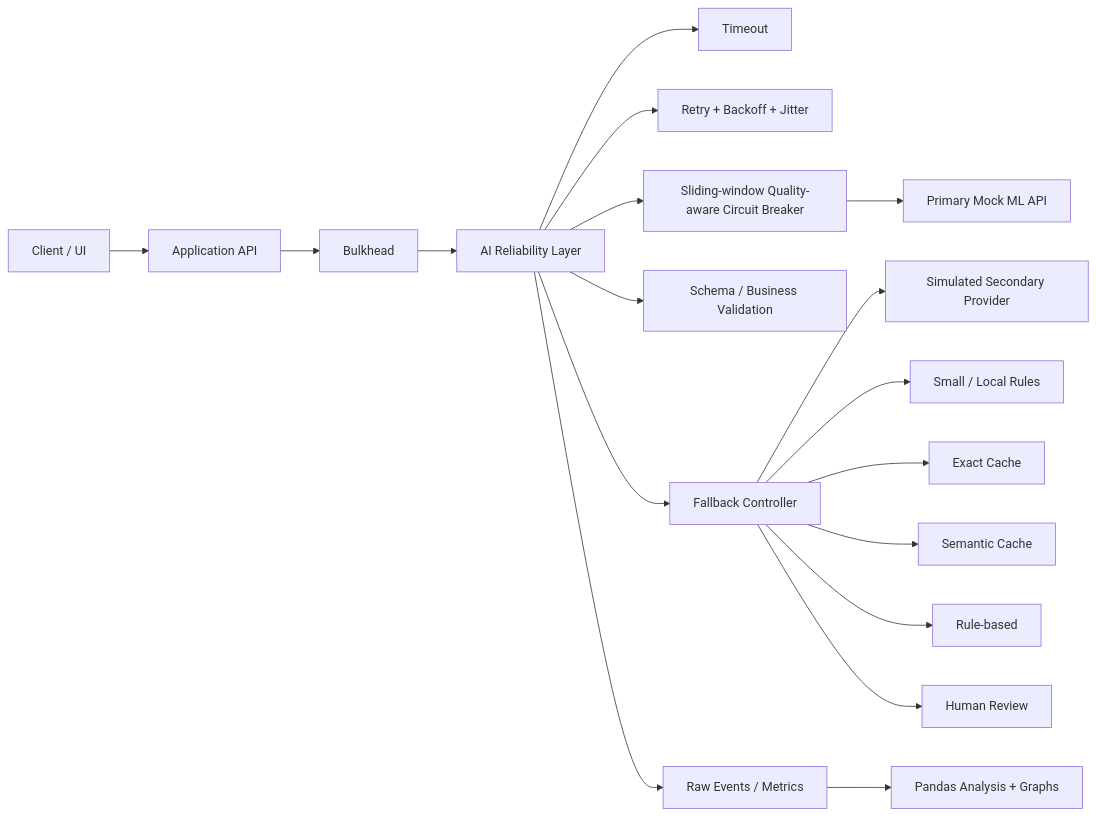
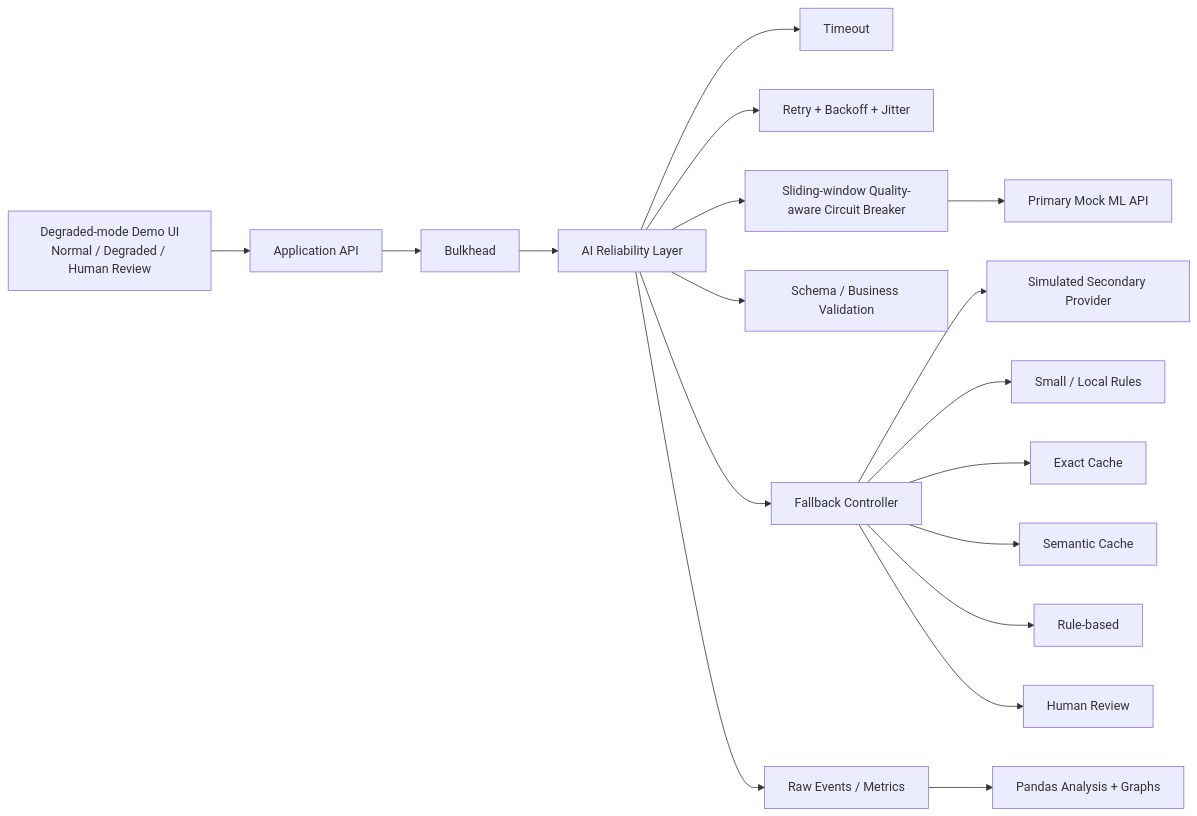
One commit to Sxthxwit/ml-api-mock changed the diagram in ARCHITECTURE.md. Above: the diagram before and after it, drawn with Mermaid. The commit also changed other lines of this file and 4 other files, not shown here.

Commit message:
Add degraded-mode demo UI

````diff
--- a/ARCHITECTURE.md
+++ b/ARCHITECTURE.md
@@ -3,20 +3,20 @@
 ```mermaid
 flowchart LR
-    UI[Client / UI] --> APP[Application API]
+    UI[Degraded-mode Demo UI<br/>Normal / Degraded / Human Review] --> APP[Application API]
     APP --> BH[Bulkhead]
     BH --> REL[AI Reliability Layer]
     REL --> TO[Timeout]
     REL --> RT[Retry + Backoff + Jitter]
     REL --> CB[Sliding-window Quality-aware Circuit Breaker]
     REL --> VAL[Schema / Business Validation]
     CB --> PRIMARY[Primary Mock ML API]
     REL --> FC[Fallback Controller]
     FC --> SECONDARY[Simulated Secondary Provider]
     FC --> LOCAL[Small / Local Rules]
     FC --> CACHE[Exact Cache]
     FC --> SEM[Semantic Cache]
     FC --> RULES[Rule-based]
     FC --> HUMAN[Human Review]
     REL --> LOGS[Raw Events / Metrics]
     LOGS --> ANALYSIS[Pandas Analysis + Graphs]
 ```
````
